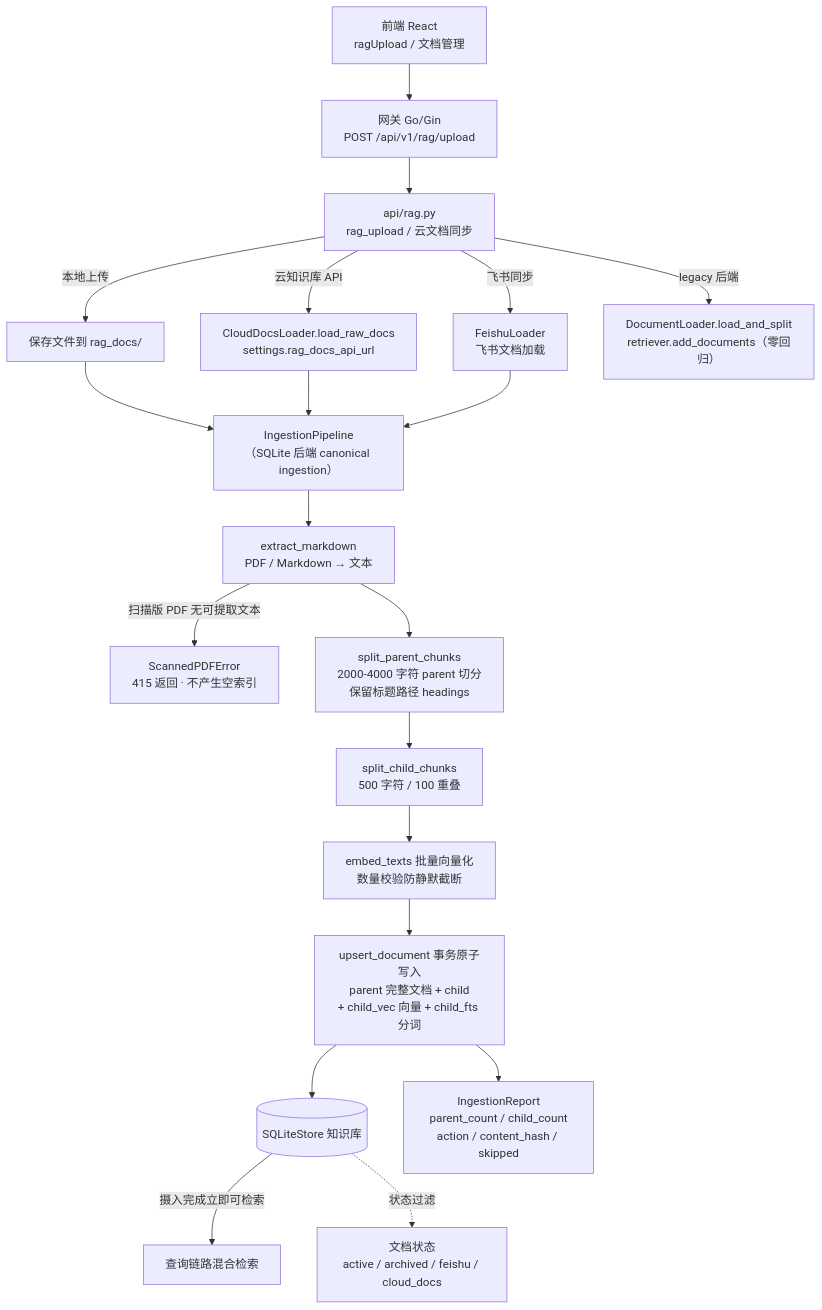
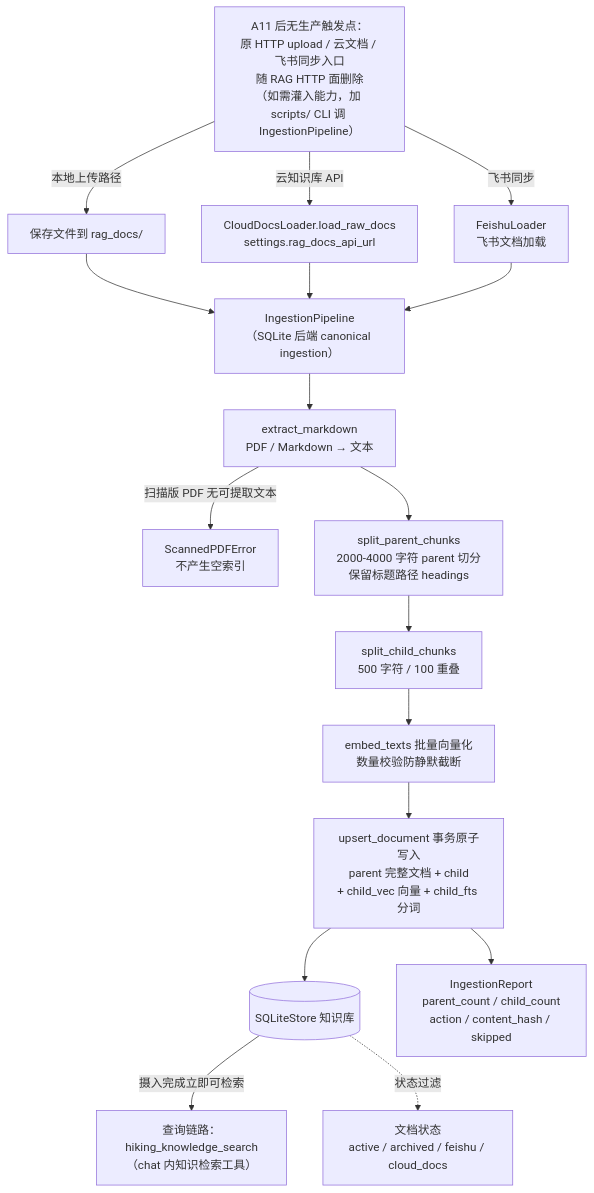
The diagram in diagrams/rag-ingestion-chain.mmd (Vortex745/hiking-Agent), drawn with Mermaid before and after one commit. The commit also changed 10 other files, not shown here.

```diff
--- a/diagrams/rag-ingestion-chain.mmd
+++ b/diagrams/rag-ingestion-chain.mmd
@@ -1,30 +1,25 @@
 flowchart TD
-    UI["前端 React<br/>ragUpload / 文档管理"]
-    GW["网关 Go/Gin<br/>POST /api/v1/rag/upload"]
-    API["api/rag.py<br/>rag_upload / 云文档同步"]
+    TRIGGER["A11 后无生产触发点：<br/>原 HTTP upload / 云文档 / 飞书同步入口<br/>随 RAG HTTP 面删除<br/>（如需灌入能力，加 scripts/ CLI 调 IngestionPipeline）"]
 
-    UI --> GW --> API
-
-    API -->|本地上传| SAVE["保存文件到 rag_docs/"]
-    API -->|云知识库 API| CLOUD["CloudDocsLoader.load_raw_docs<br/>settings.rag_docs_api_url"]
-    API -->|飞书同步| FEISHU["FeishuLoader<br/>飞书文档加载"]
-    API -->|legacy 后端| LEGACY["DocumentLoader.load_and_split<br/>retriever.add_documents（零回归）"]
+    TRIGGER -->|本地上传路径| SAVE["保存文件到 rag_docs/"]
+    TRIGGER -->|云知识库 API| CLOUD["CloudDocsLoader.load_raw_docs<br/>settings.rag_docs_api_url"]
+    TRIGGER -->|飞书同步| FEISHU["FeishuLoader<br/>飞书文档加载"]
 
     SAVE --> PL["IngestionPipeline<br/>（SQLite 后端 canonical ingestion）"]
     CLOUD --> PL
     FEISHU --> PL
 
     PL --> EX["extract_markdown<br/>PDF / Markdown → 文本"]
-    EX -->|扫描版 PDF 无可提取文本| SCAN["ScannedPDFError<br/>415 返回 · 不产生空索引"]
+    EX -->|扫描版 PDF 无可提取文本| SCAN["ScannedPDFError<br/>不产生空索引"]
     EX --> P1["split_parent_chunks<br/>2000-4000 字符 parent 切分<br/>保留标题路径 headings"]
     P1 --> P2["split_child_chunks<br/>500 字符 / 100 重叠"]
     P2 --> EMB["embed_texts 批量向量化<br/>数量校验防静默截断"]
     EMB --> UD["upsert_document 事务原子写入<br/>parent 完整文档 + child<br/>+ child_vec 向量 + child_fts 分词"]
     UD --> DB[("SQLiteStore 知识库")]
-    DB -->|摄入完成立即可检索| READY["查询链路混合检索"]
+    DB -->|摄入完成立即可检索| READY["查询链路：hiking_knowledge_search<br/>（chat 内知识检索工具）"]
 
     RPT["IngestionReport<br/>parent_count / child_count<br/>action / content_hash / skipped"]
     UD --> RPT
 
     STATUS["文档状态<br/>active / archived / feishu / cloud_docs"]
     DB -.状态过滤.-> STATUS
```
